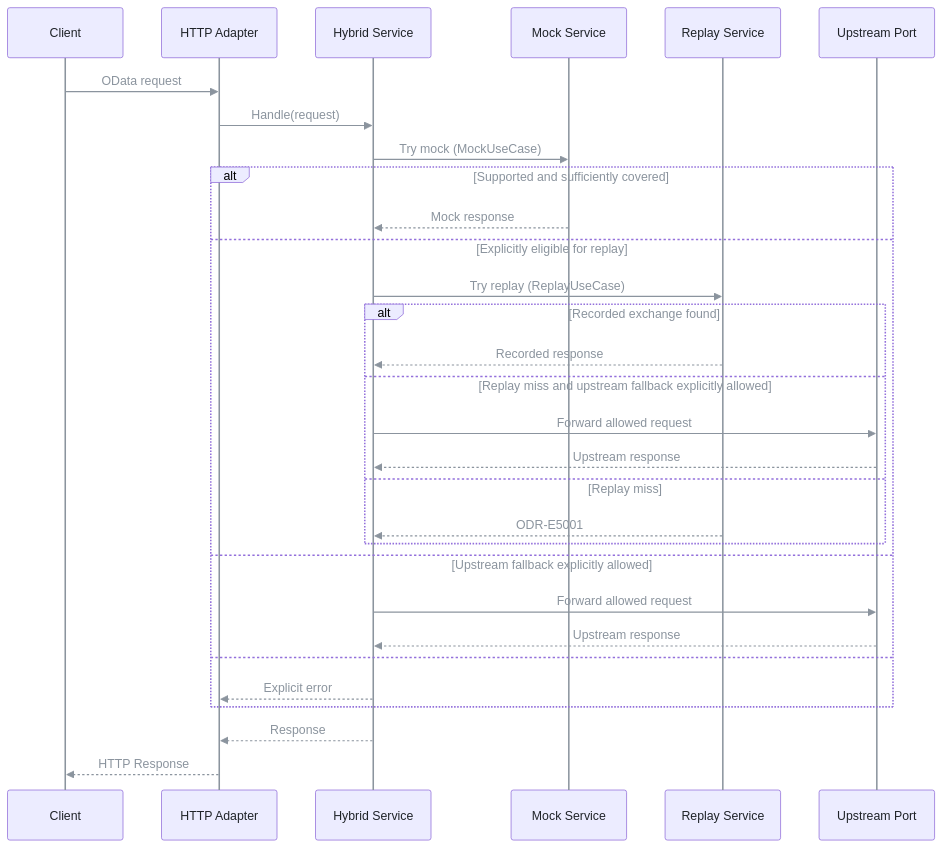
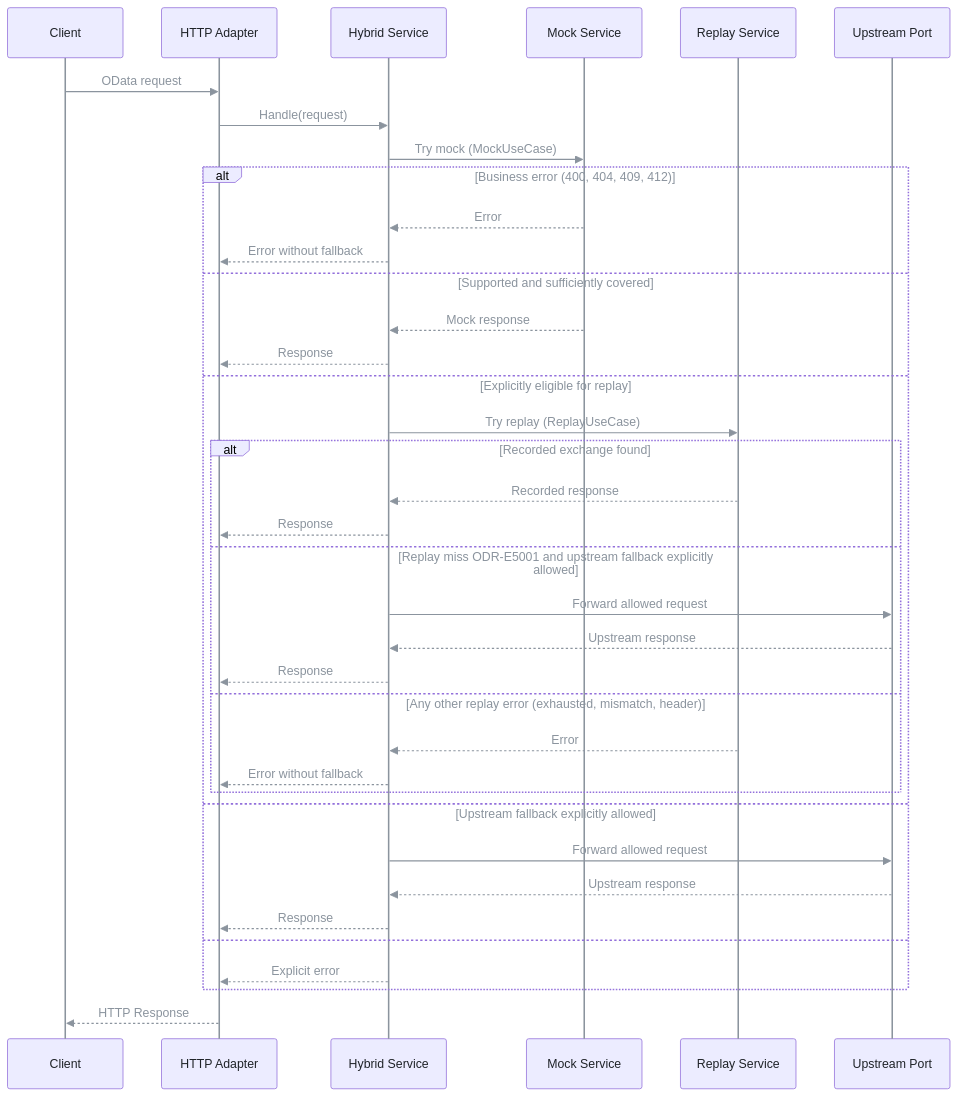
Before and after one commit to pt9912/odata-recorder: the eighth of 11 diagrams in spec/architecture.md, drawn with Mermaid. The commit also changed other lines of this file and 3 other files, not shown here.

````diff
--- a/spec/architecture.md
+++ b/spec/architecture.md
@@ -371,33 +377,40 @@
 ```mermaid
 %%{init: {'themeVariables': {'lineColor': '#8b949e', 'signalColor': '#8b949e', 'signalTextColor': '#8b949e', 'actorLineColor': '#8b949e', 'loopTextColor': '#8b949e', 'textColor': '#c9d1d9', 'primaryTextColor': '#1f2328', 'nodeTextColor': '#1f2328', 'actorTextColor': '#1f2328', 'noteTextColor': '#1f2328', 'edgeLabelBackground': '#30363d'}}}%%
 sequenceDiagram
     participant C as Client
     participant H as HTTP Adapter
     participant G as Hybrid Service
     participant M as Mock Service
     participant R as Replay Service
     participant U as Upstream Port
     C->>H: OData request
     H->>G: Handle(request)
     G->>M: Try mock (MockUseCase)
-    alt Supported and sufficiently covered
+    alt Business error (400, 404, 409, 412)
+      M-->>G: Error
+      G-->>H: Error without fallback
+    else Supported and sufficiently covered
       M-->>G: Mock response
+      G-->>H: Response
     else Explicitly eligible for replay
       G->>R: Try replay (ReplayUseCase)
       alt Recorded exchange found
         R-->>G: Recorded response
-      else Replay miss and upstream fallback explicitly allowed
+        G-->>H: Response
+      else Replay miss ODR-E5001 and upstream fallback explicitly allowed
         G->>U: Forward allowed request
         U-->>G: Upstream response
-      else Replay miss
-        R-->>G: ODR-E5001
+        G-->>H: Response
+      else Any other replay error (exhausted, mismatch, header)
+        R-->>G: Error
+        G-->>H: Error without fallback
       end
     else Upstream fallback explicitly allowed
       G->>U: Forward allowed request
       U-->>G: Upstream response
+      G-->>H: Response
     else
       G-->>H: Explicit error
     end
-    G-->>H: Response
     H-->>C: HTTP Response
 ```
````
